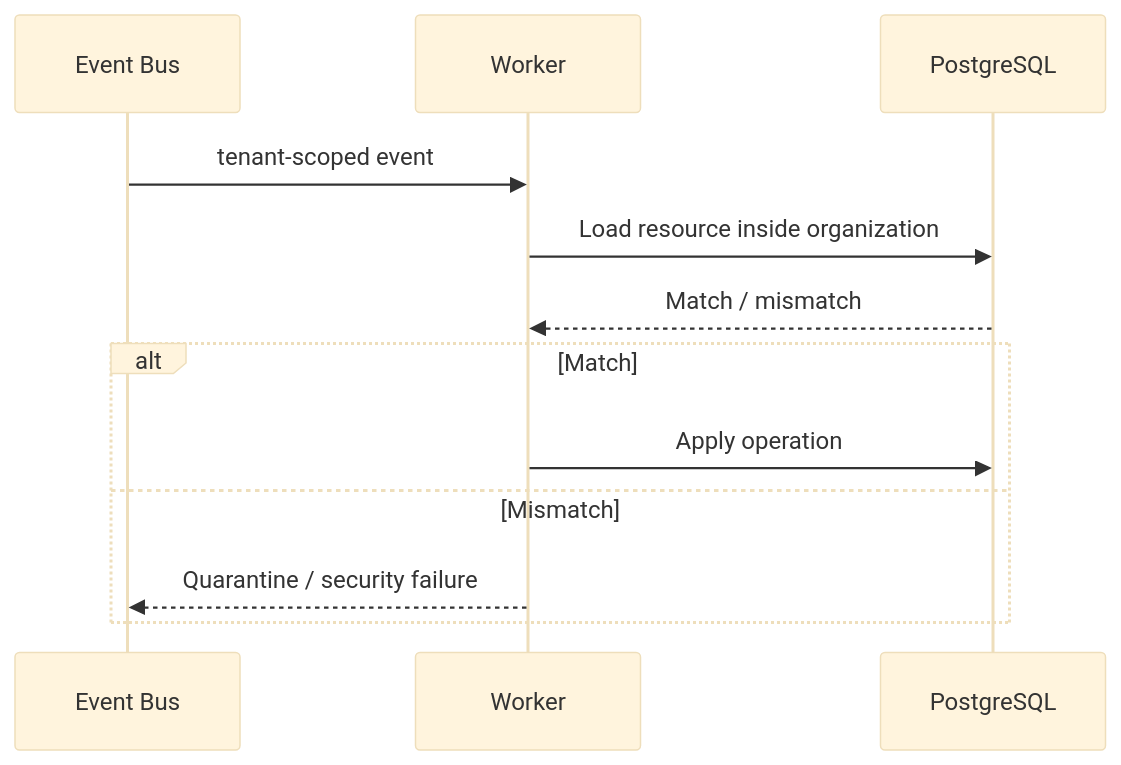
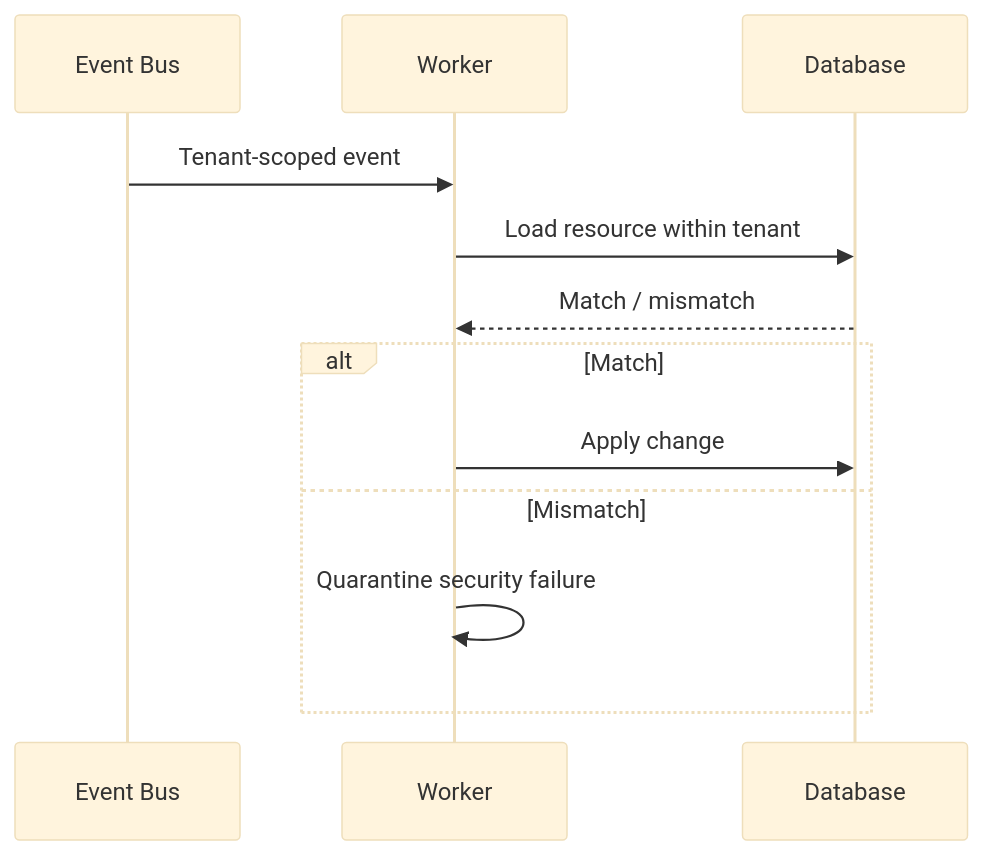
Before and after one commit to D-engahmed/OMILINKS: the second of 2 diagrams in docs/security/tenant-isolation.md, drawn with Mermaid (base theme). The commit also changed other lines of this file and 4 other files, not shown here.

```diff
--- a/docs/security/tenant-isolation.md
+++ b/docs/security/tenant-isolation.md
@@ -119,14 +120,14 @@
 ~~~mermaid
 sequenceDiagram
 participant BUS as Event Bus
 participant W as Worker
-participant DB as PostgreSQL
-BUS->>W: tenant-scoped event
-W->>DB: Load resource inside organization
+participant DB as Database
+BUS->>W: Tenant-scoped event
+W->>DB: Load resource within tenant
 DB-->>W: Match / mismatch
 alt Match
-  W->>DB: Apply operation
+  W->>DB: Apply change
 else Mismatch
-  W-->>BUS: Quarantine / security failure
+  W->>W: Quarantine security failure
 end
 ~~~
```
